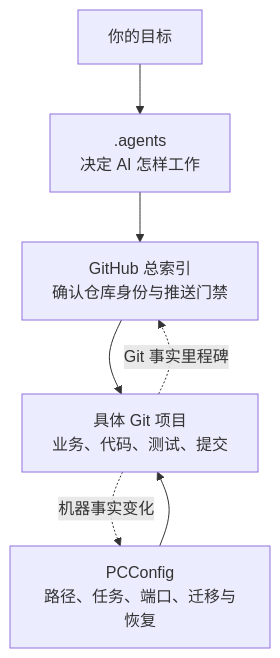
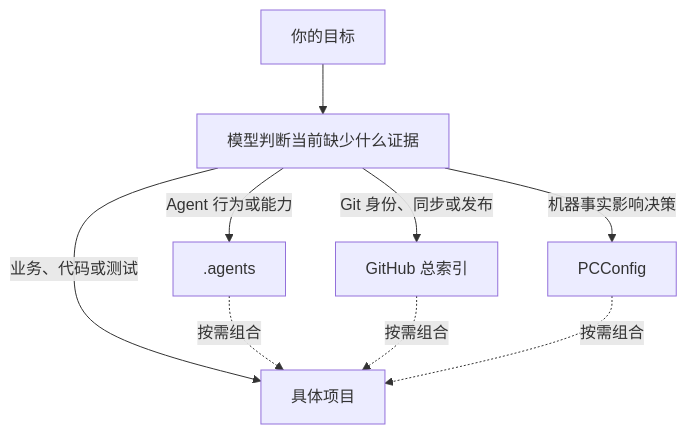
One commit to wlyaaaaa/github-local-index changed the diagram in 我的 GitHub 项目管理指南.md. Above: the diagram before and after it, drawn with Mermaid. The commit also changed other lines of this file and 8 other files, not shown here.

````diff
--- a/我的 GitHub 项目管理指南.md
+++ b/我的 GitHub 项目管理指南.md
@@ -30,9 +9,11 @@
 ```mermaid
 flowchart TB
-    U["你的目标"] --> A[".agents\n决定 AI 怎样工作"]
-    A --> G["GitHub 总索引\n确认仓库身份与推送门禁"]
-    G --> P["具体 Git 项目\n业务、代码、测试、提交"]
-    C["PCConfig\n路径、任务、端口、迁移与恢复"] --> P
-    P -. "Git 事实里程碑" .-> G
-    P -. "机器事实变化" .-> C
+    U["你的目标"] --> M["模型判断当前缺少什么证据"]
+    M -->|"Agent 行为或能力"| A[".agents"]
+    M -->|"Git 身份、同步或发布"| G["GitHub 总索引"]
+    M -->|"机器事实影响决策"| C["PCConfig"]
+    M -->|"业务、代码或测试"| P["具体项目"]
+    A -. "按需组合" .-> P
+    G -. "按需组合" .-> P
+    C -. "按需组合" .-> P
 ```
````
